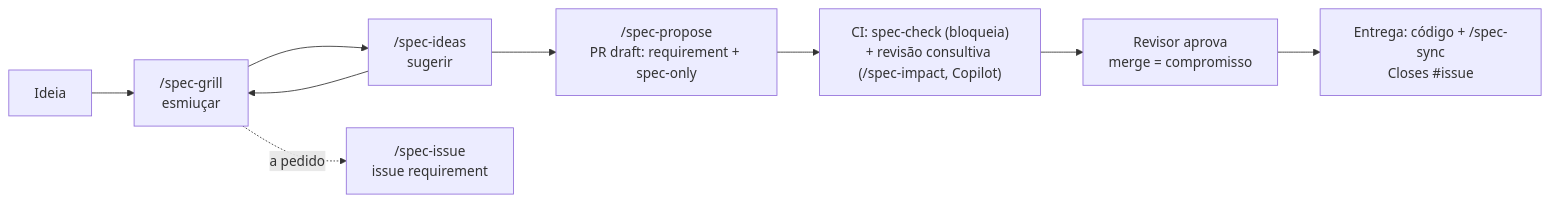
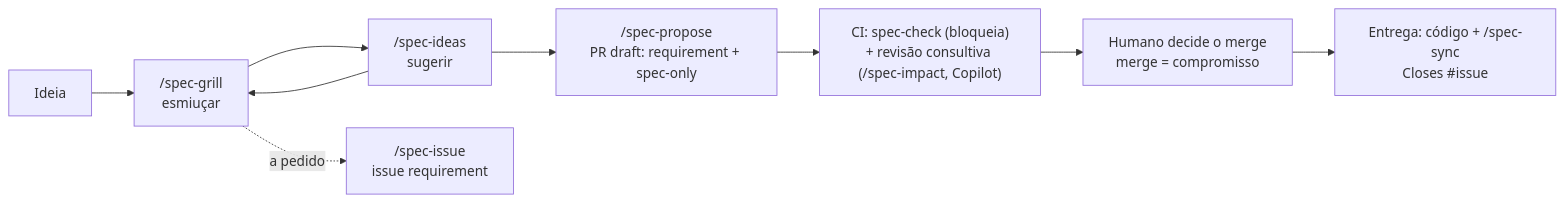
One commit to useful-toys/Tabularium changed the second of 2 diagrams in DOCUMENTATION-FLOW.md. Above: the diagram before and after it, drawn with Mermaid. The commit also changed other lines of this file and 10 other files, not shown here.

First line of the commit message:
Entrega: aceitação pelo merge humano, sem aprovação formal (#10) (#11)

````diff
--- a/DOCUMENTATION-FLOW.md
+++ b/DOCUMENTATION-FLOW.md
@@ -94,11 +94,11 @@
 ```mermaid
 flowchart LR
   I[Ideia] --> G["/spec-grill<br/>esmiuçar"]
   G --> D["/spec-ideas<br/>sugerir"]
   D --> G
   G -. a pedido .-> S["/spec-issue<br/>issue requirement"]
   D --> P["/spec-propose<br/>PR draft: requirement + spec-only"]
   P --> R["CI: spec-check (bloqueia)<br/>+ revisão consultiva (/spec-impact, Copilot)"]
-  R --> A[Revisor aprova<br/>merge = compromisso]
+  R --> A[Humano decide o merge<br/>merge = compromisso]
   A --> E["Entrega: código + /spec-sync<br/>Closes #issue"]
 ```
````
